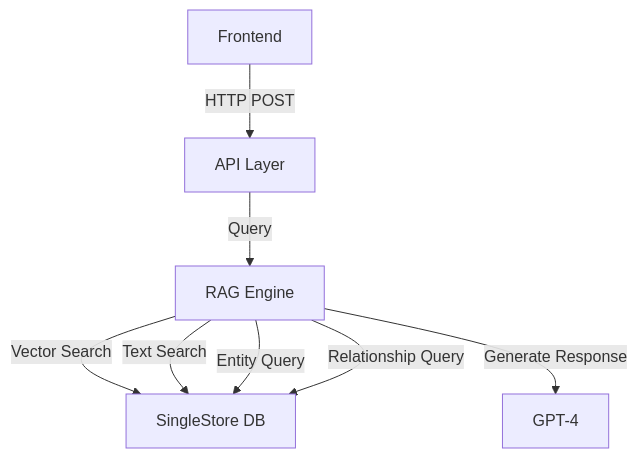
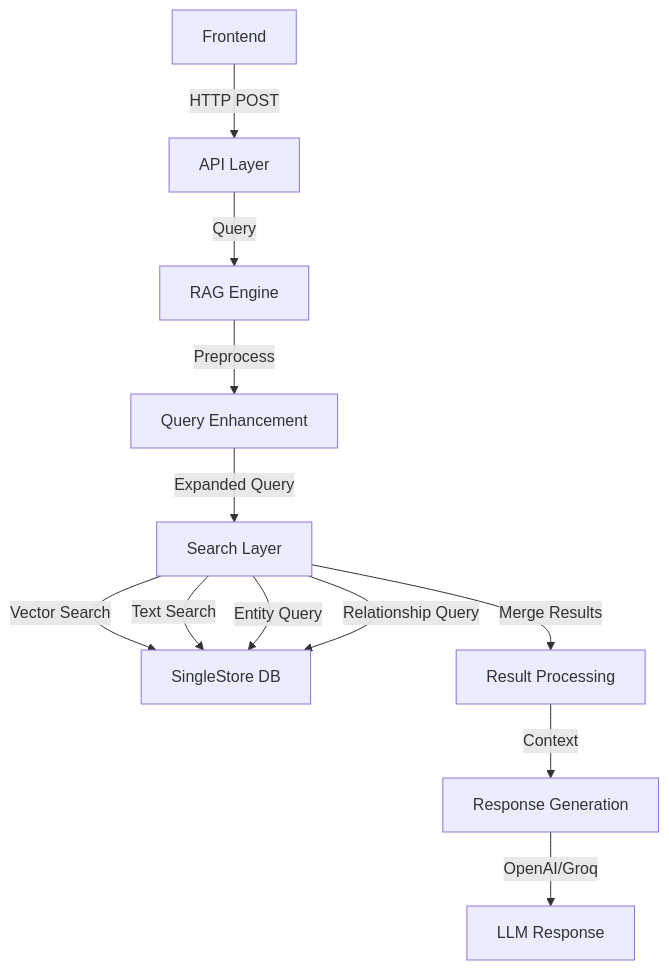
The diagram in docs/retrieval-flow.md (madhukarkumar/singlestore-kag), drawn with Mermaid before and after one commit. The commit also changed other lines of this file and 2 other files, not shown here.

````diff
--- a/docs/retrieval-flow.md
+++ b/docs/retrieval-flow.md
@@ -7,10 +7,14 @@
 ```mermaid
 graph TD
     A[Frontend] -->|HTTP POST| B[API Layer]
     B -->|Query| C[RAG Engine]
-    C -->|Vector Search| D[SingleStore DB]
-    C -->|Text Search| D
-    C -->|Entity Query| D
-    C -->|Relationship Query| D
-    C -->|Generate Response| E[GPT-4]
+    C -->|Preprocess| D[Query Enhancement]
+    D -->|Expanded Query| E[Search Layer]
+    E -->|Vector Search| F[SingleStore DB]
+    E -->|Text Search| F
+    E -->|Entity Query| F
+    E -->|Relationship Query| F
+    E -->|Merge Results| G[Result Processing]
+    G -->|Context| H[Response Generation]
+    H -->|OpenAI/Groq| I[LLM Response]
 ```
````
